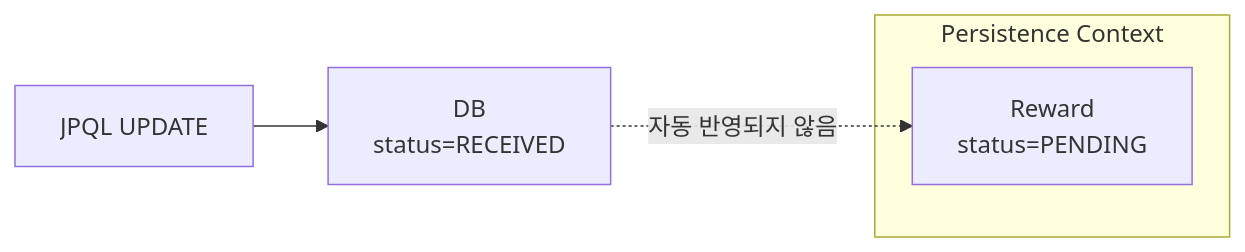
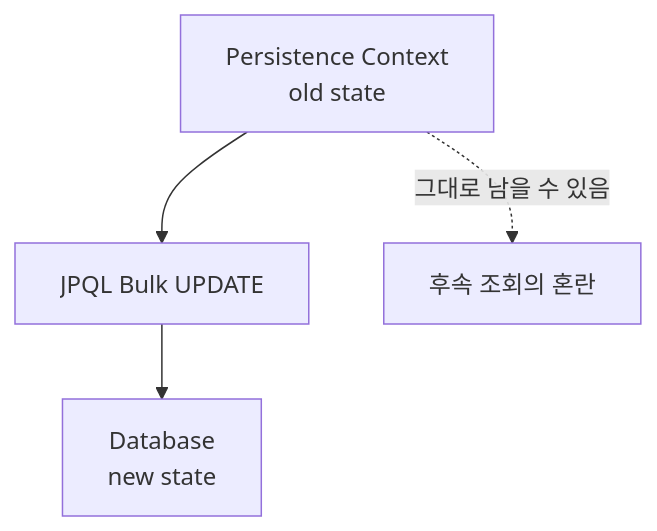
One commit to jiwon11/jiwon11.github.io changed the third of 4 diagrams in _posts/2026-02-04-reward-conditional-update-idempotency.md. Above: the diagram before and after it, drawn with Mermaid. The commit also changed other lines of this file and 4 other files, not shown here.

```diff
--- a/_posts/2026-02-04-reward-conditional-update-idempotency.md
+++ b/_posts/2026-02-04-reward-conditional-update-idempotency.md
@@ -260,9 +150,6 @@
 ~~~mermaid
-flowchart LR
-    subgraph PC["Persistence Context"]
-        E1["Reward<br/>status=PENDING"]
-    end
-
-    U["JPQL UPDATE"] --> DB["DB<br/>status=RECEIVED"]
-    DB -. "자동 반영되지 않음" .-> E1
+flowchart TD
+    A["Persistence Context<br/>old state"] --> C["JPQL Bulk UPDATE"]
+    C --> D["Database<br/>new state"]
+    A -. "그대로 남을 수 있음" .-> E["후속 조회의 혼란"]
 ~~~
```
